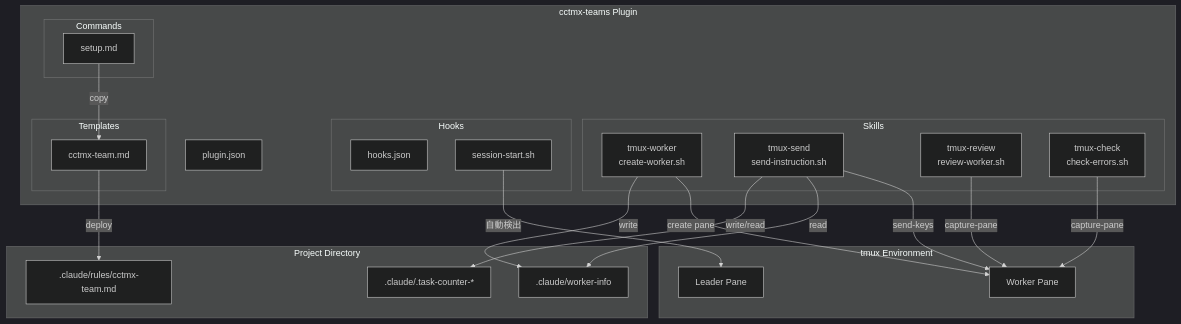
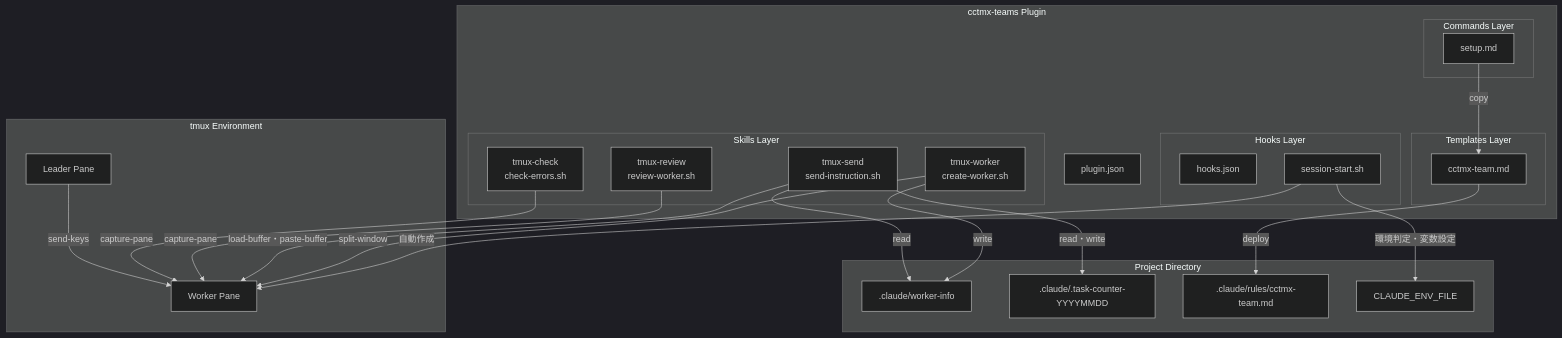
One commit to IsodaZen/cctmx-teams changed the first of 5 diagrams in .kiro/specs/plugin-ification/design.md. Above: the diagram before and after it, drawn with Mermaid (dark theme). The commit also changed other lines of this file and 2 other files, not shown here.

````diff
--- a/.kiro/specs/plugin-ification/design.md
+++ b/.kiro/specs/plugin-ification/design.md
@@ -29,48 +30,51 @@
 ```mermaid
 graph TB
     subgraph "cctmx-teams Plugin"
         PJ[plugin.json]
 
-        subgraph "Skills"
+        subgraph "Skills Layer"
             SW[tmux-worker<br/>create-worker.sh]
             SS[tmux-send<br/>send-instruction.sh]
             SR[tmux-review<br/>review-worker.sh]
             SC[tmux-check<br/>check-errors.sh]
         end
 
-        subgraph "Hooks"
+        subgraph "Hooks Layer"
             HJ[hooks.json]
             HS[session-start.sh]
         end
 
-        subgraph "Commands"
+        subgraph "Commands Layer"
             CS[setup.md]
         end
 
-        subgraph "Templates"
+        subgraph "Templates Layer"
             TM[cctmx-team.md]
         end
     end
 
     subgraph "tmux Environment"
         LP[Leader Pane]
         WP[Worker Pane]
     end
 
     subgraph "Project Directory"
         WI[.claude/worker-info]
-        TC[.claude/.task-counter-*]
+        TC[.claude/.task-counter-YYYYMMDD]
         RU[.claude/rules/cctmx-team.md]
+        EF[CLAUDE_ENV_FILE]
     end
 
-    HS -->|自動検出| LP
-    SW -->|create pane| WP
-    SS -->|send-keys| WP
+    HS -->|環境判定・変数設定| EF
+    HS -->|自動作成| WP
+    SW -->|split-window| WP
+    SW -->|write| WI
+    SS -->|load-buffer・paste-buffer| WP
+    SS -->|read| WI
+    SS -->|read・write| TC
     SR -->|capture-pane| WP
     SC -->|capture-pane| WP
     CS -->|copy| TM
     TM -->|deploy| RU
-    SW -->|write| WI
-    SS -->|read| WI
-    SS -->|write/read| TC
+    LP -->|send-keys| WP
 ```
````
